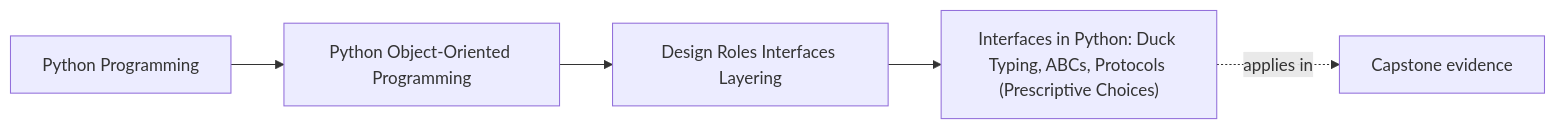
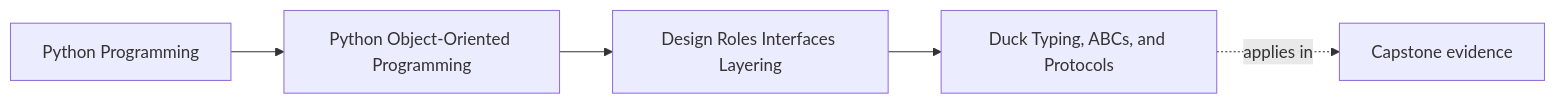
The first of 2 diagrams in programs/python-programming/python-object-oriented-programming/course-book/module-02-design-roles-interfaces-layering/duck-typing-abcs-and-protocols.md (bijux/bijux-masterclass), drawn with Mermaid before and after one commit. The commit also changed other lines of this file, not shown here.

````diff
--- a/programs/python-programming/python-object-oriented-programming/course-book/module-02-design-roles-interfaces-layering/duck-typing-abcs-and-protocols.md
+++ b/programs/python-programming/python-object-oriented-programming/course-book/module-02-design-roles-interfaces-layering/duck-typing-abcs-and-protocols.md
@@ -7,11 +6,11 @@
 ```mermaid
 graph LR
   family["Python Programming"]
   program["Python Object-Oriented Programming"]
   section["Design Roles Interfaces Layering"]
-  page["Interfaces in Python: Duck Typing, ABCs, Protocols (Prescriptive Choices)"]
+  page["Duck Typing, ABCs, and Protocols"]
   capstone["Capstone evidence"]
 
   family --> program --> section --> page
   page -.applies in.-> capstone
 ```
````
